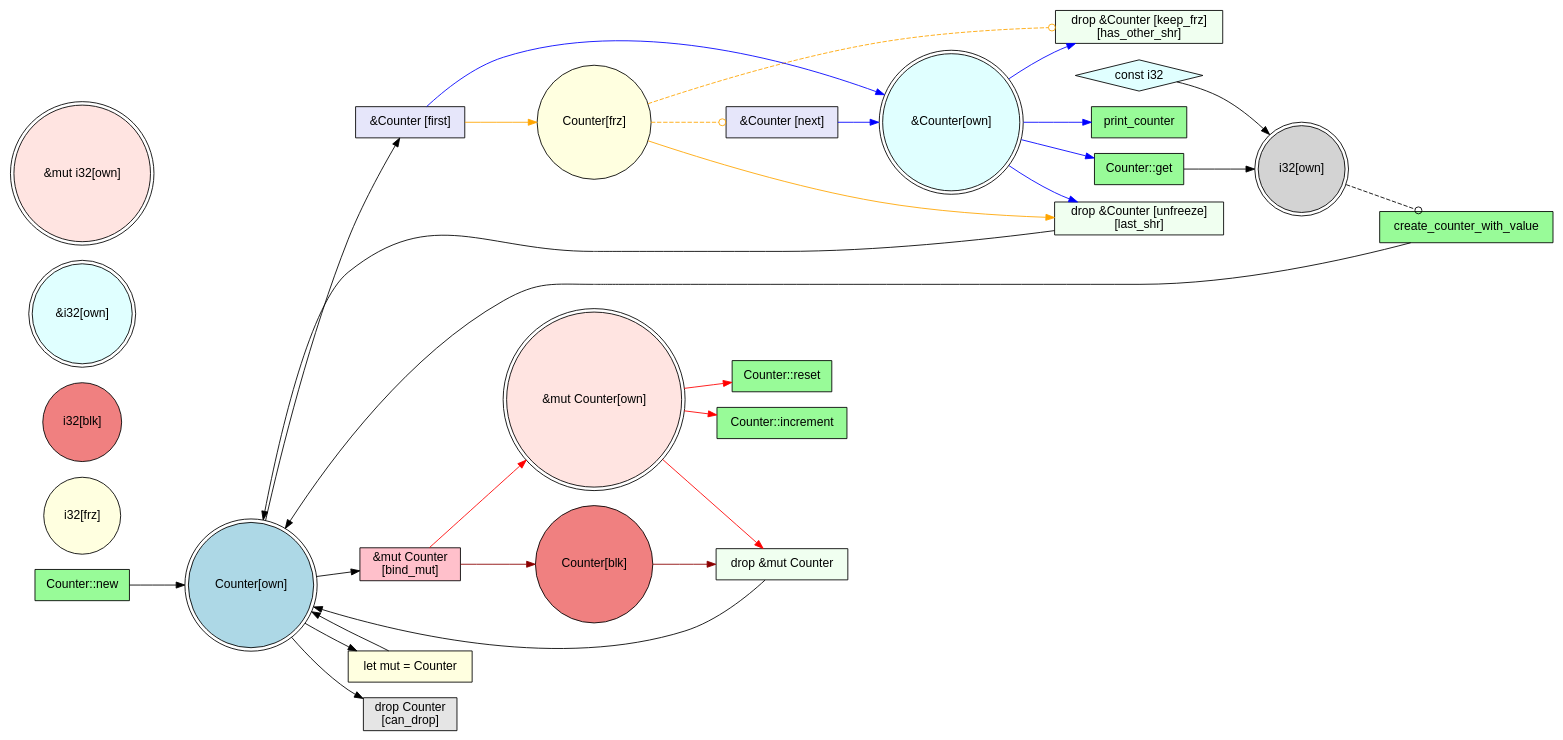
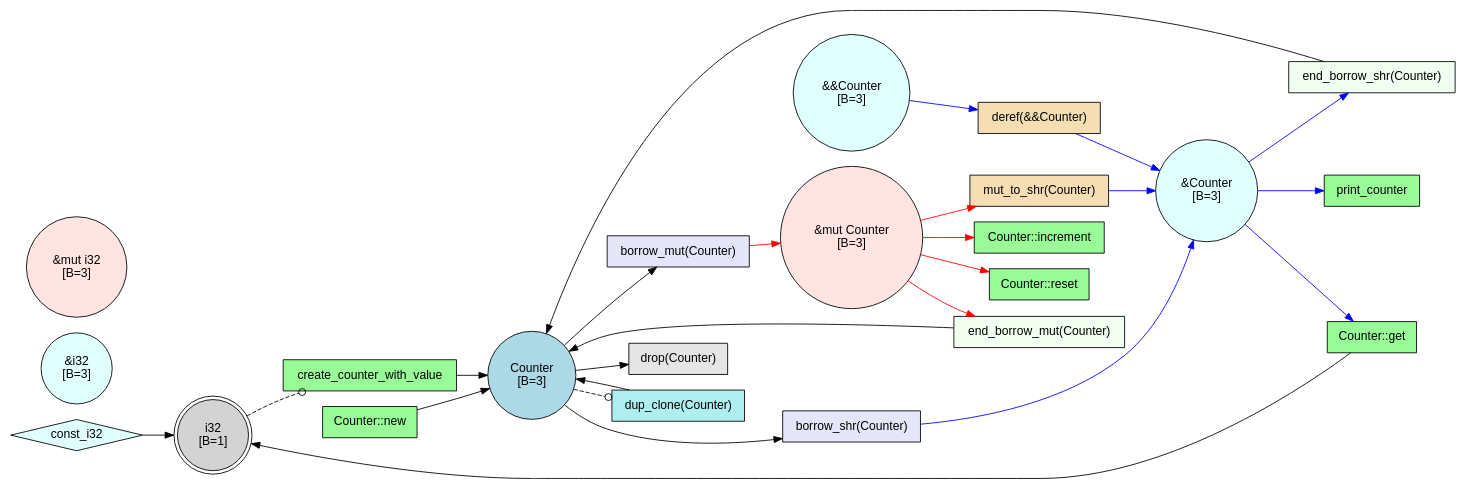
One commit to kevindadi/RustSynth changed the diagram in test_output/simple_counter/pcpn.dot. Above: the diagram before and after it, drawn with Graphviz. The commit also changed 33 other files, not shown here.

First line of the commit message:
Refactor test.sh and enhance reachability graph generation

```diff
--- a/test_output/simple_counter/pcpn.dot
+++ b/test_output/simple_counter/pcpn.dot
@@ -1,66 +1,59 @@
 digraph PCPN {
   rankdir=LR;
   fontname="Helvetica";
   node [fontname="Helvetica"];
   edge [fontname="Helvetica"];
-  // PCPN: Own/Frz/Blk capability places
+  // PCPN: One place per type (simplified)
 
   // ========== Places ==========
-  p0 [label="Counter[own]", shape=circle, style=filled, fillcolor=lightblue, peripheries=2];
-  p1 [label="Counter[frz]", shape=circle, style=filled, fillcolor=lightyellow, peripheries=1];
-  p2 [label="Counter[blk]", shape=circle, style=filled, fillcolor=lightcoral, peripheries=1];
-  p3 [label="i32[own]", shape=circle, style=filled, fillcolor=lightgray, peripheries=2];
-  p4 [label="i32[frz]", shape=circle, style=filled, fillcolor=lightyellow, peripheries=1];
-  p5 [label="i32[blk]", shape=circle, style=filled, fillcolor=lightcoral, peripheries=1];
-  p6 [label="&Counter[own]", shape=circle, style=filled, fillcolor=lightcyan, peripheries=2];
-  p7 [label="&mut Counter[own]", shape=circle, style=filled, fillcolor=mistyrose, peripheries=2];
-  p8 [label="&i32[own]", shape=circle, style=filled, fillcolor=lightcyan, peripheries=2];
-  p9 [label="&mut i32[own]", shape=circle, style=filled, fillcolor=mistyrose, peripheries=2];
+  p0 [label="i32\n[B=1]", shape=circle, style=filled, fillcolor=lightgray, peripheries=2];
+  p1 [label="&i32\n[B=3]", shape=circle, style=filled, fillcolor=lightcyan, peripheries=1];
+  p2 [label="&mut i32\n[B=3]", shape=circle, style=filled, fillcolor=mistyrose, peripheries=1];
+  p3 [label="Counter\n[B=3]", shape=circle, style=filled, fillcolor=lightblue, peripheries=1];
+  p4 [label="&Counter\n[B=3]", shape=circle, style=filled, fillcolor=lightcyan, peripheries=1];
+  p5 [label="&mut Counter\n[B=3]", shape=circle, style=filled, fillcolor=mistyrose, peripheries=1];
+  p6 [label="&&Counter\n[B=3]", shape=circle, style=filled, fillcolor=lightcyan, peripheries=1];
 
   // ========== Transitions ==========
-  t0 [label="Counter::new", shape=box, style=filled, fillcolor=palegreen];
-  t1 [label="Counter::increment", shape=box, style=filled, fillcolor=palegreen];
-  t2 [label="Counter::get", shape=box, style=filled, fillcolor=palegreen];
-  t3 [label="Counter::reset", shape=box, style=filled, fillcolor=palegreen];
-  t4 [label="create_counter_with_value", shape=box, style=filled, fillcolor=palegreen];
-  t5 [label="print_counter", shape=box, style=filled, fillcolor=palegreen];
-  t6 [label="&Counter [first]", shape=box, style=filled, fillcolor=lavender];
-  t7 [label="&Counter [next]", shape=box, style=filled, fillcolor=lavender];
-  t8 [label="drop &Counter [keep_frz]\n[has_other_shr]", shape=box, style=filled, fillcolor=honeydew];
-  t9 [label="drop &Counter [unfreeze]\n[last_shr]", shape=box, style=filled, fillcolor=honeydew];
-  t10 [label="&mut Counter\n[bind_mut]", shape=box, style=filled, fillcolor=pink];
-  t11 [label="drop &mut Counter", shape=box, style=filled, fillcolor=honeydew];
-  t12 [label="let mut = Counter", shape=box, style=filled, fillcolor=lightyellow];
-  t13 [label="drop Counter\n[can_drop]", shape=box, style=filled, fillcolor=gray90];
-  t14 [label="const i32", shape=diamond, style=filled, fillcolor=lightcyan];
+  t0 [label="create_counter_with_value", shape=box, style=filled, fillcolor=palegreen];
+  t1 [label="print_counter", shape=box, style=filled, fillcolor=palegreen];
+  t2 [label="Counter::new", shape=box, style=filled, fillcolor=palegreen];
+  t3 [label="Counter::increment", shape=box, style=filled, fillcolor=palegreen];
+  t4 [label="Counter::get", shape=box, style=filled, fillcolor=palegreen];
+  t5 [label="Counter::reset", shape=box, style=filled, fillcolor=palegreen];
+  t6 [label="borrow_mut(Counter)", shape=box, style=filled, fillcolor=lavender];
+  t7 [label="end_borrow_mut(Counter)", shape=box, style=filled, fillcolor=honeydew];
+  t8 [label="borrow_shr(Counter)", shape=box, style=filled, fillcolor=lavender];
+  t9 [label="end_borrow_shr(Counter)", shape=box, style=filled, fillcolor=honeydew];
+  t10 [label="mut_to_shr(Counter)", shape=box, style=filled, fillcolor=wheat];
+  t11 [label="drop(Counter)", shape=box, style=filled, fillcolor=gray90];
+  t12 [label="dup_clone(Counter)", shape=box, style=filled, fillcolor=paleturquoise];
+  t13 [label="deref(&&Counter)", shape=box, style=filled, fillcolor=wheat];
+  t14 [label="const_i32", shape=diamond, style=filled, fillcolor=lightcyan];
 
   // ========== Arcs ==========
-  t0 -> p0 [color="black"];
-  p7 -> t1 [style=solid, arrowhead=normal, color="red"];
-  p6 -> t2 [style=solid, arrowhead=normal, color="blue"];
-  t2 -> p3 [color="black"];
-  p7 -> t3 [style=solid, arrowhead=normal, color="red"];
-  p3 -> t4 [style=dashed, arrowhead=odot, color="black"];
-  t4 -> p0 [color="black"];
-  p6 -> t5 [style=solid, arrowhead=normal, color="blue"];
-  p0 -> t6 [style=solid, arrowhead=normal, color="black"];
-  t6 -> p1 [color="orange"];
-  t6 -> p6 [color="blue"];
-  p1 -> t7 [style=dashed, arrowhead=odot, color="orange"];
-  t7 -> p6 [color="blue"];
-  p1 -> t8 [style=dashed, arrowhead=odot, color="orange"];
-  p6 -> t8 [style=solid, arrowhead=normal, color="blue"];
-  p1 -> t9 [style=solid, arrowhead=normal, color="orange"];
-  p6 -> t9 [style=solid, arrowhead=normal, color="blue"];
-  t9 -> p0 [color="black"];
-  p0 -> t10 [style=solid, arrowhead=normal, color="black"];
-  t10 -> p2 [color="darkred"];
-  t10 -> p7 [color="red"];
-  p2 -> t11 [style=solid, arrowhead=normal, color="darkred"];
-  p7 -> t11 [style=solid, arrowhead=normal, color="red"];
-  t11 -> p0 [color="black"];
-  p0 -> t12 [style=solid, arrowhead=normal, color="black"];
-  t12 -> p0 [color="black"];
-  p0 -> t13 [style=solid, arrowhead=normal, color="black"];
-  t14 -> p3 [color="black"];
+  p0 -> t0 [style=dashed, arrowhead=odot, color="black"];
+  t0 -> p3 [style=solid, color="black"];
+  p4 -> t1 [style=solid, arrowhead=normal, color="blue"];
+  t2 -> p3 [style=solid, color="black"];
+  p5 -> t3 [style=solid, arrowhead=normal, color="red"];
+  p4 -> t4 [style=solid, arrowhead=normal, color="blue"];
+  t4 -> p0 [style=solid, color="black"];
+  p5 -> t5 [style=solid, arrowhead=normal, color="red"];
+  p3 -> t6 [style=solid, arrowhead=normal, color="black"];
+  t6 -> p5 [style=solid, color="red"];
+  p5 -> t7 [style=solid, arrowhead=normal, color="red"];
+  t7 -> p3 [style=solid, color="black"];
+  p3 -> t8 [style=solid, arrowhead=normal, color="black"];
+  t8 -> p4 [style=solid, color="blue"];
+  p4 -> t9 [style=solid, arrowhead=normal, color="blue"];
+  t9 -> p3 [style=solid, color="black"];
+  p5 -> t10 [style=solid, arrowhead=normal, color="red"];
+  t10 -> p4 [style=solid, color="blue"];
+  p3 -> t11 [style=solid, arrowhead=normal, color="black"];
+  p3 -> t12 [style=dashed, arrowhead=odot, color="black"];
+  t12 -> p3 [style=solid, color="black"];
+  p6 -> t13 [style=solid, arrowhead=normal, color="blue"];
+  t13 -> p4 [style=solid, color="blue"];
+  t14 -> p0 [style=solid, color="black"];
 }
```
